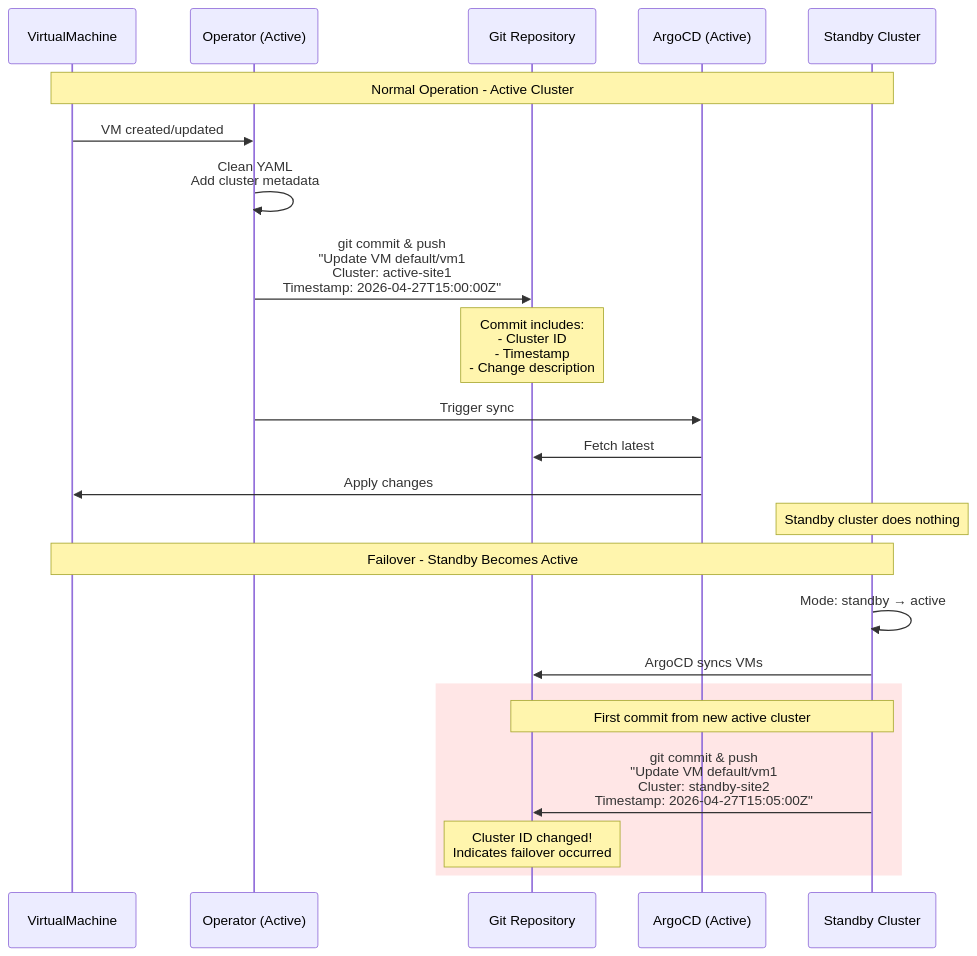
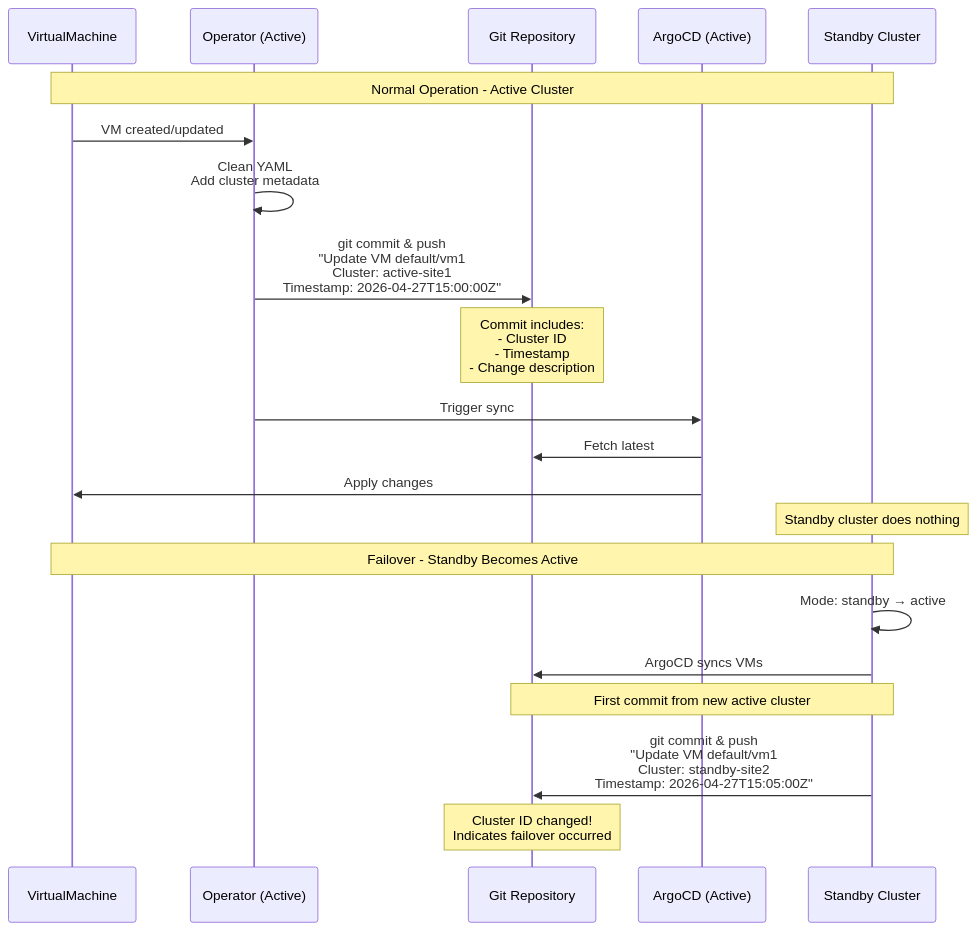
One commit to mathianasj/virt-git-sync changed the eighth of 12 diagrams in docs/dr-active-standby.md. Above: the diagram before and after it, drawn with Mermaid. The commit also changed other lines of this file, not shown here.

First line of the commit message:
Fix Mermaid diagram syntax for GitHub compatibility

````diff
--- a/docs/dr-active-standby.md
+++ b/docs/dr-active-standby.md
@@ -316,33 +308,31 @@
 ```mermaid
 sequenceDiagram
     participant V as VirtualMachine
     participant O as Operator (Active)
     participant G as Git Repository
     participant A as ArgoCD (Active)
     participant S as Standby Cluster
     
     Note over V,S: Normal Operation - Active Cluster
     
     V->>O: VM created/updated
     O->>O: Clean YAML<br/>Add cluster metadata
     O->>G: git commit & push<br/>"Update VM default/vm1<br/>Cluster: active-site1<br/>Timestamp: 2026-04-27T15:00:00Z"
     
     Note over G: Commit includes:<br/>- Cluster ID<br/>- Timestamp<br/>- Change description
     
     O->>A: Trigger sync
     A->>G: Fetch latest
     A->>V: Apply changes
     
     Note over S: Standby cluster does nothing
     
     Note over V,S: Failover - Standby Becomes Active
     
     S->>S: Mode: standby → active
     S->>G: ArgoCD syncs VMs
     
-    rect rgb(255, 230, 230)
-        Note over S,G: First commit from new active cluster
-        S->>G: git commit & push<br/>"Update VM default/vm1<br/>Cluster: standby-site2<br/>Timestamp: 2026-04-27T15:05:00Z"
-        Note over G: Cluster ID changed!<br/>Indicates failover occurred
-    end
+    Note over S,G: First commit from new active cluster
+    S->>G: git commit & push<br/>"Update VM default/vm1<br/>Cluster: standby-site2<br/>Timestamp: 2026-04-27T15:05:00Z"
+    Note over G: Cluster ID changed!<br/>Indicates failover occurred
 ```
````
